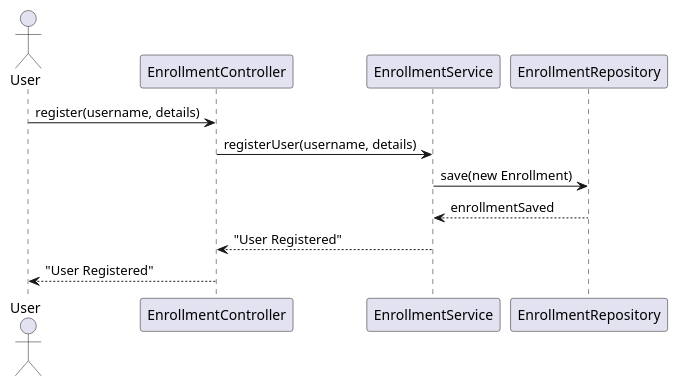
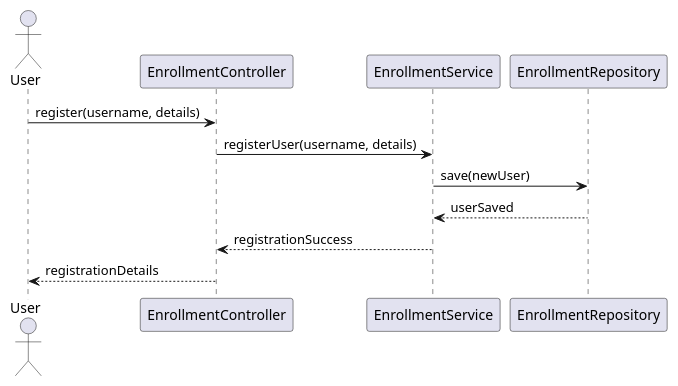
The first of 4 diagrams in enrollment/documentation/detaileddesign.adoc (Dinesh-s95/AutoDoc.ai), drawn with PlantUML before and after one commit. The commit also changed other lines of this file and 4 other files, not shown here.

```diff
--- a/enrollment/documentation/detaileddesign.adoc
+++ b/enrollment/documentation/detaileddesign.adoc
@@ -187,16 +109,16 @@
 [plantuml, user-registration-sequence, png]
-----
+....
 @startuml
 actor User
 participant "EnrollmentController" as Controller
 participant "EnrollmentService" as Service
 participant "EnrollmentRepository" as Repository
 
 User -> Controller : register(username, details)
 Controller -> Service : registerUser(username, details)
-Service -> Repository : save(new Enrollment)
-Repository --> Service : enrollmentSaved
-Service --> Controller : "User Registered"
-Controller --> User : "User Registered"
+Service -> Repository : save(newUser)
+Repository --> Service : userSaved
+Service --> Controller : registrationSuccess
+Controller --> User : registrationDetails
 @enduml
-----
+....
```
